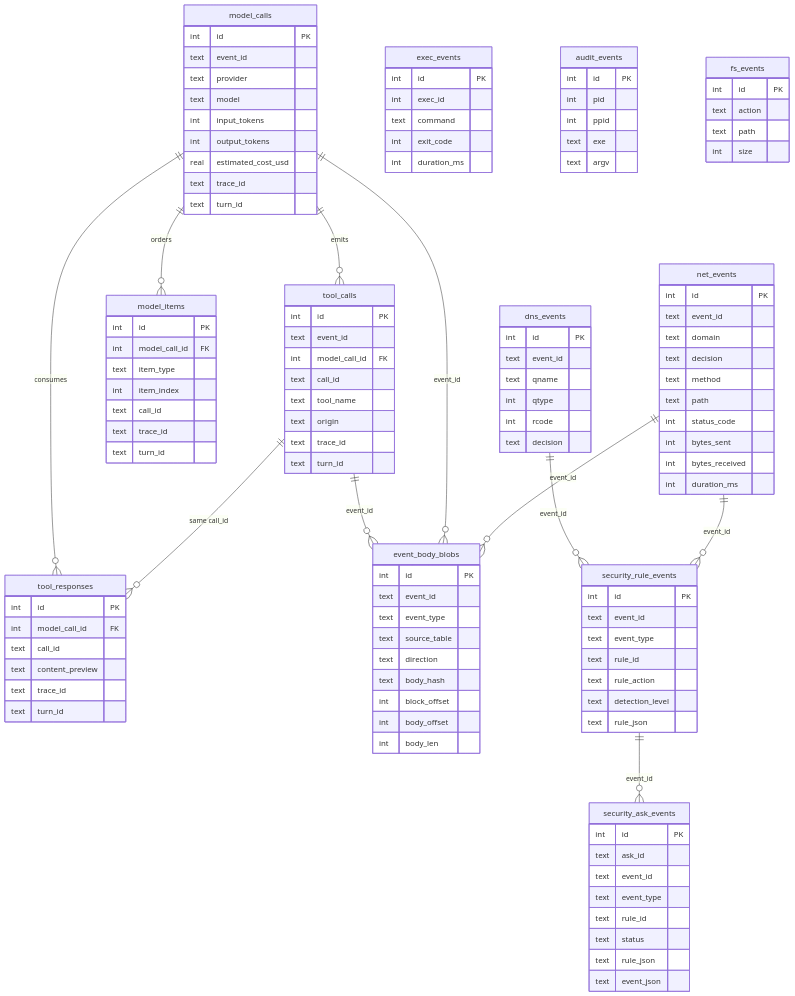
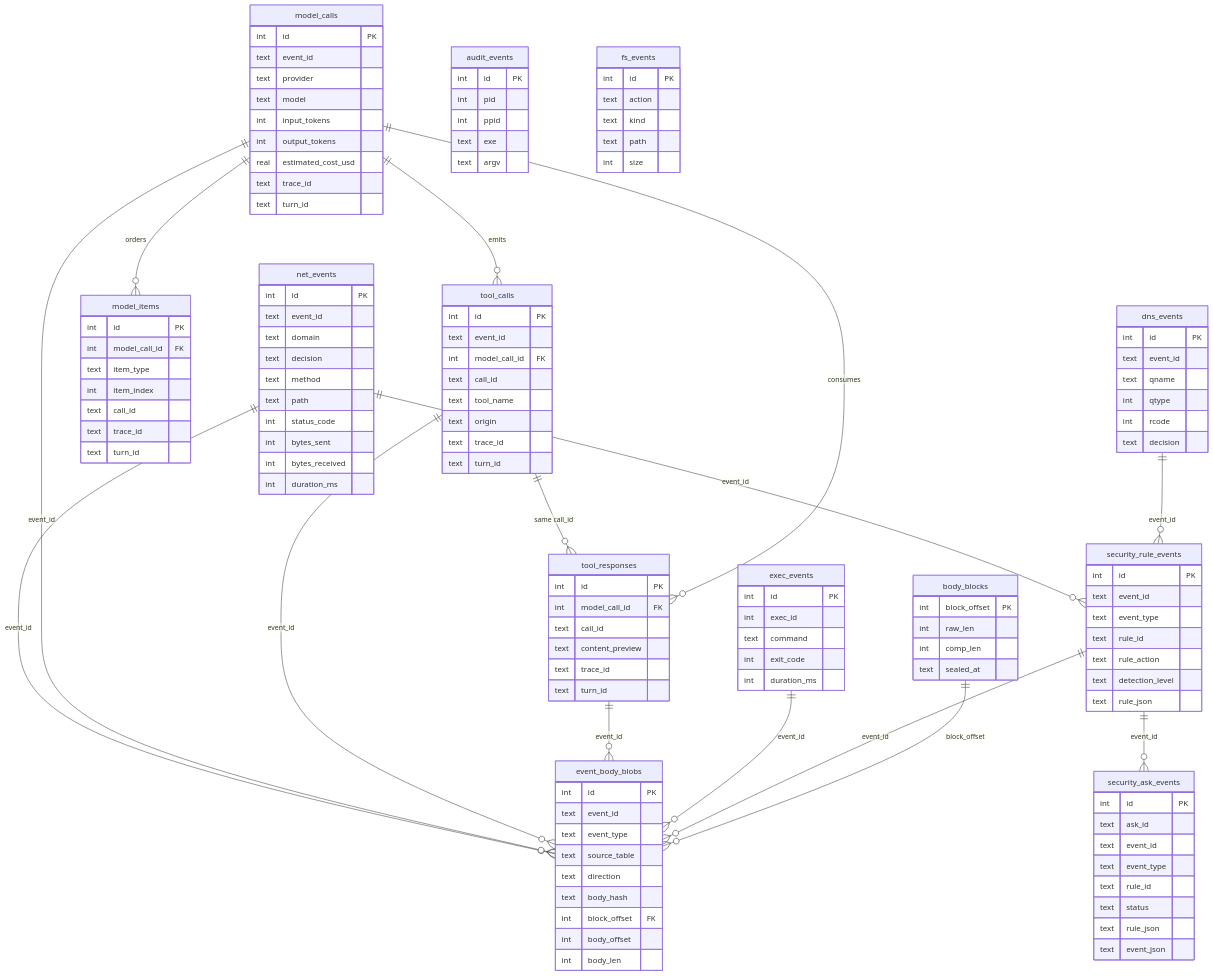
One commit to google/capsem changed the first of 4 diagrams in web/docs/src/content/docs/architecture/session-telemetry.md. Above: the diagram before and after it, drawn with Mermaid. The commit also changed other lines of this file and 2 other files, not shown here.

````diff
--- a/web/docs/src/content/docs/architecture/session-telemetry.md
+++ b/web/docs/src/content/docs/architecture/session-telemetry.md
@@ -90,9 +92,15 @@
         text source_table
         text direction
         text body_hash
-        int block_offset
+        int block_offset FK
         int body_offset
         int body_len
+    }
+    body_blocks {
+        int block_offset PK
+        int raw_len
+        int comp_len
+        text sealed_at
     }
     security_rule_events {
         int id PK
@@ -130,6 +138,7 @@
     fs_events {
         int id PK
         text action
+        text kind
         text path
         int size
     }
@@ -141,6 +150,10 @@
     net_events ||--o{ event_body_blobs : "event_id"
     model_calls ||--o{ event_body_blobs : "event_id"
     tool_calls ||--o{ event_body_blobs : "event_id"
+    tool_responses ||--o{ event_body_blobs : "event_id"
+    exec_events ||--o{ event_body_blobs : "event_id"
+    security_rule_events ||--o{ event_body_blobs : "event_id"
+    body_blocks ||--o{ event_body_blobs : "block_offset"
     dns_events ||--o{ security_rule_events : "event_id"
     security_rule_events ||--o{ security_ask_events : "event_id"
 ```
````
